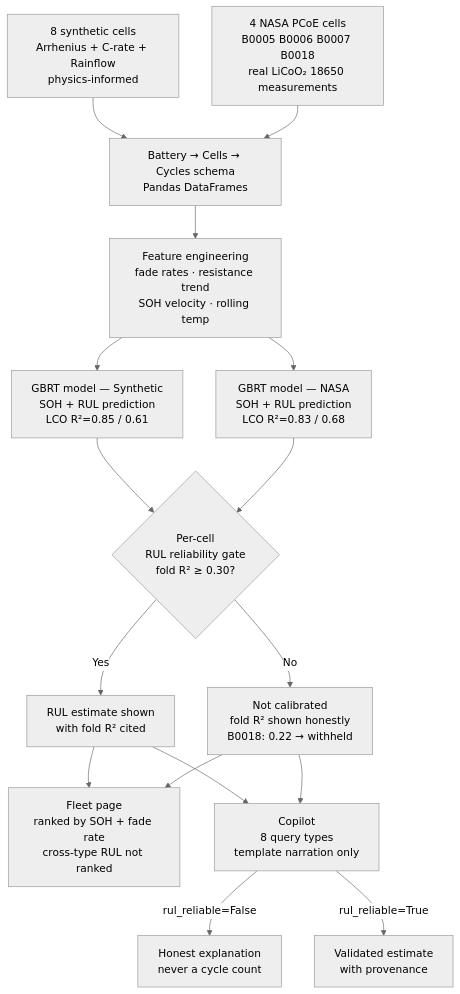
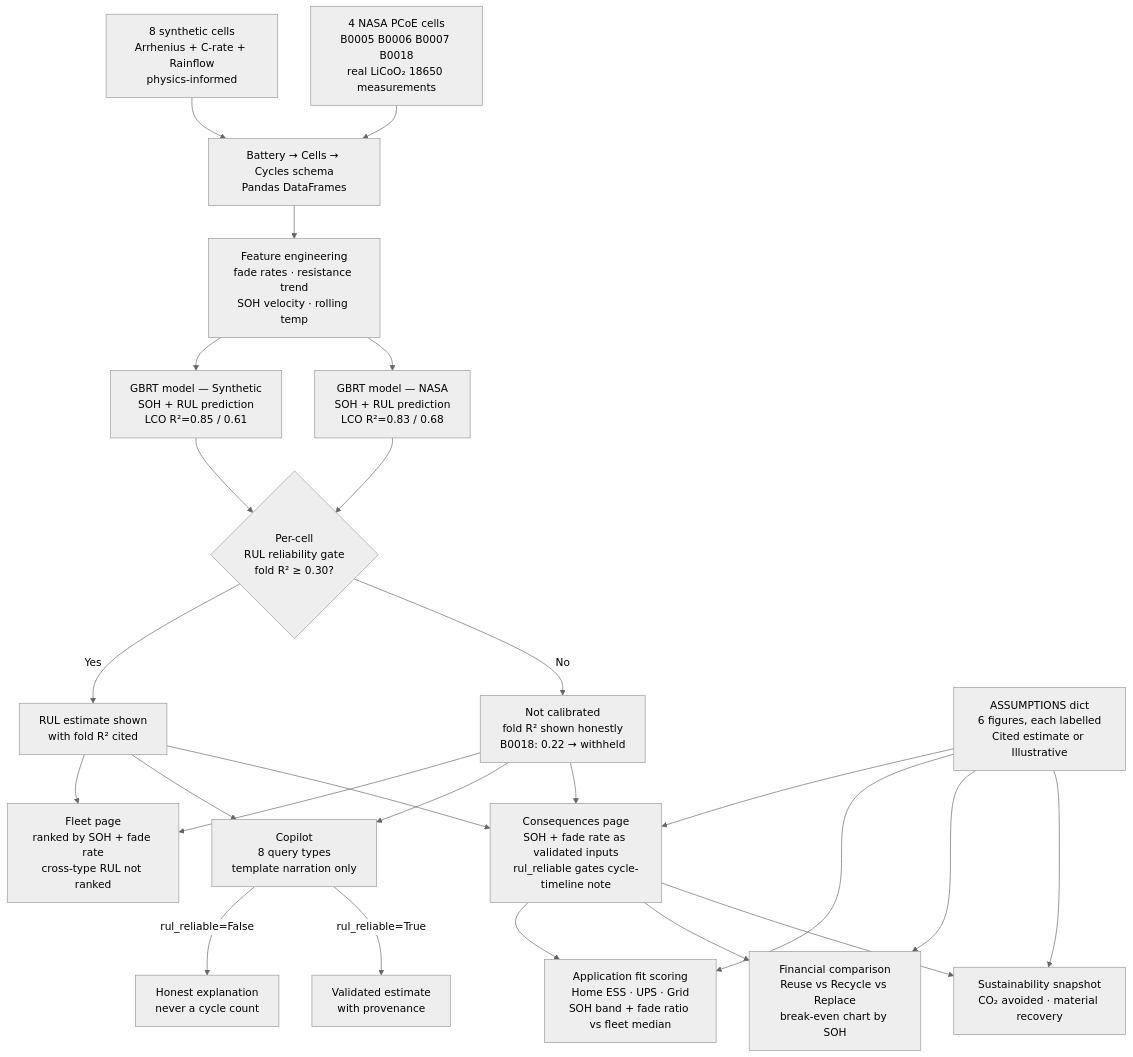
The diagram in README.md (seyedali1996lb-svg/battery-intelligence-platform), drawn with Mermaid (neutral theme) before and after one commit. The commit also changed other lines of this file, not shown here.

````diff
--- a/README.md
+++ b/README.md
@@ -34,25 +46,37 @@
 ```mermaid
 flowchart TD
     A1[8 synthetic cells\nArrhenius + C-rate + Rainflow\nphysics-informed] --> S[Battery → Cells → Cycles schema\nPandas DataFrames]
     A2[4 NASA PCoE cells\nB0005 B0006 B0007 B0018\nreal LiCoO₂ 18650 measurements] --> S
 
     S --> F[Feature engineering\nfade rates · resistance trend\nSOH velocity · rolling temp]
 
     F --> M1[GBRT model — Synthetic\nSOH + RUL prediction\nLCO R²=0.85 / 0.61]
     F --> M2[GBRT model — NASA\nSOH + RUL prediction\nLCO R²=0.83 / 0.68]
 
     M1 --> G{Per-cell\nRUL reliability gate\nfold R² ≥ 0.30?}
     M2 --> G
 
     G -->|Yes| RUL[RUL estimate shown\nwith fold R² cited]
     G -->|No| NC[Not calibrated\nfold R² shown honestly\nB0018: 0.22 → withheld]
 
     RUL --> FL[Fleet page\nranked by SOH + fade rate\ncross-type RUL not ranked]
     NC --> FL
 
     RUL --> CP[Copilot\n8 query types\ntemplate narration only]
     NC --> CP
 
     CP -->|rul_reliable=False| H[Honest explanation\nnever a cycle count]
     CP -->|rul_reliable=True| V[Validated estimate\nwith provenance]
+
+    RUL --> CN[Consequences page\nSOH + fade rate as validated inputs\nrul_reliable gates cycle-timeline note]
+    NC --> CN
+
+    CN --> AF[Application fit scoring\nHome ESS · UPS · Grid\nSOH band + fade ratio vs fleet median]
+    CN --> FC[Financial comparison\nReuse vs Recycle vs Replace\nbreak-even chart by SOH]
+    CN --> SU[Sustainability snapshot\nCO₂ avoided · material recovery]
+
+    ASM[ASSUMPTIONS dict\n6 figures, each labelled\nCited estimate or Illustrative] --> CN
+    ASM --> AF
+    ASM --> FC
+    ASM --> SU
 ```
````
